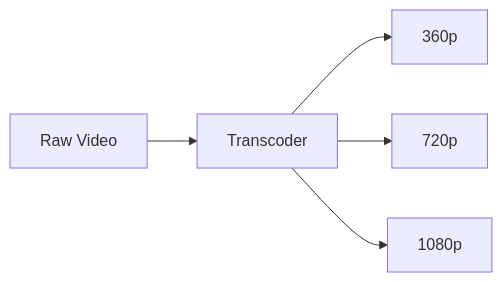
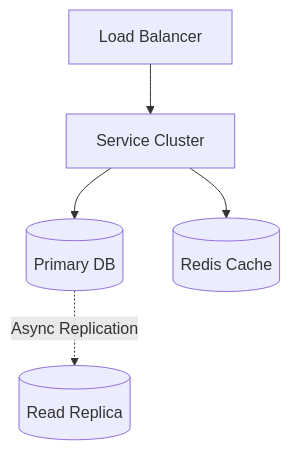
One commit to IshanDigra/HLD-Content changed the second of 2 diagrams in 19-Interview_Question/04) Media Streaming & Delivery/Medium/14_Youtube/Problem.md. Above: the diagram before and after it, drawn with Mermaid. The commit also changed other lines of this file and 29 other files, not shown here.

First line of the commit message:
Address PR feedback: Add TOC, Diagrams, and BOE calculations

````diff
--- a/19-Interview_Question/04) Media Streaming & Delivery/Medium/14_Youtube/Problem.md
+++ b/19-Interview_Question/04) Media Streaming & Delivery/Medium/14_Youtube/Problem.md
@@ -122,7 +101,7 @@
 ```mermaid
-graph LR
-    A[Raw Video] --> B[Transcoder]
-    B --> C[360p]
-    B --> D[720p]
-    B --> E[1080p]
+graph TD
+    A[Load Balancer] --> B[Service Cluster]
+    B --> C[(Primary DB)]
+    C -.->|Async Replication| D[(Read Replica)]
+    B --> E[(Redis Cache)]
 ```
````
